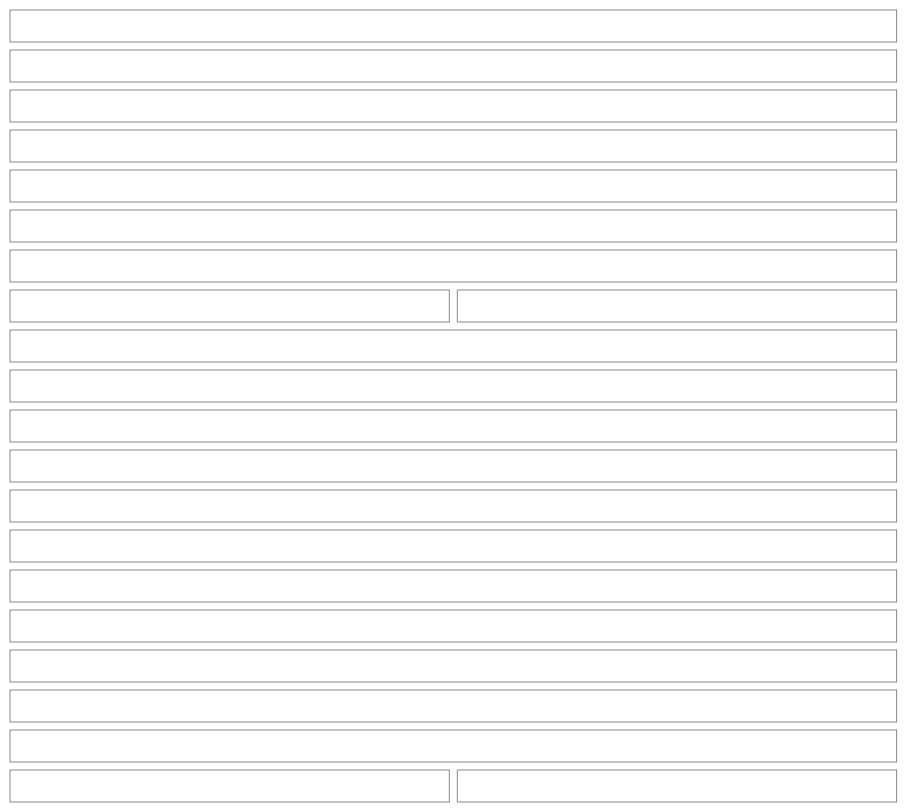
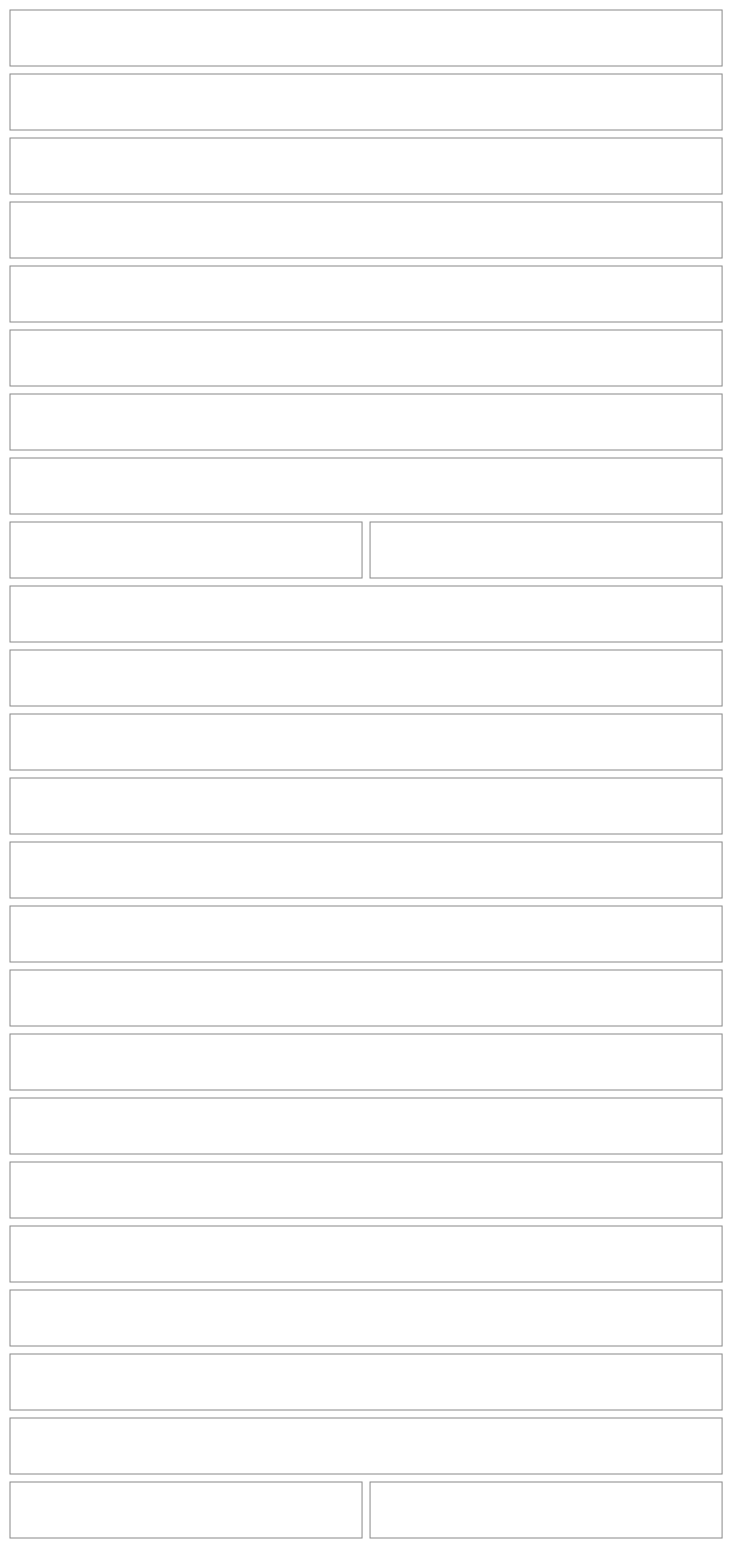
Diagram 20 of 53 in src/apps/pinch/UX.md (NovaMoonX/moondreams-dev-apps), drawn with Mermaid before and after one commit. The commit also changed other lines of this file, not shown here.

````diff
--- a/src/apps/pinch/UX.md
+++ b/src/apps/pinch/UX.md
@@ -677,49 +662,57 @@
 ```mermaid
 %%{init: {'theme': 'base', 'themeVariables': {'primaryColor': 'transparent', 'primaryBorderColor': '#888888', 'primaryTextColor': '#333333', 'lineColor': '#888888'}}}%%
 block-beta
   columns 2
   T1["Adobo chicken"]:2
-  T2["🍽️ 4 servings · 🔪 Prep 10 min · ⏲️ Cook 35 min · 📖 From Serious Eats · ✏️ Last tweaked Oct 6 (only once a tweak exists)"]:2
-  T3["✅ Cooked 3 times · last Oct 12 (only once it has been cooked)"]:2
-  T4["Cost $12.80 ⚠ · $3.20 per serving"]:2
-  T5["🔥 495 · 💪 61g · 🌾 3g · 🥑 25g (when on)"]:2
-  T6["2 ingredients need a price · Add prices   ✕"]:2
-  T7["INGREDIENTS 6"]:2
-  T8["Chicken thighs"]:1
+  T1b["Sticky, tangy chicken thighs braised in soy and vinegar. (clamped at four lines, More)"]:2
+  T2["🍽️ 4 servings · 🔪 Prep 10 min · ⏲️ Cook 35 min · 💰 $3.20+ per serving ⚠ · 📖 From Serious Eats"]:2
+  T3["✅ Last made Oct 12 (· changed Oct 14 only when a change is newer than the last cook)"]:2
+  T3b["🥛 3 servings in your fridge, eat by Oct 17 (the stock lines, only when something is put away)"]:2
+  T3c["📝 Last time (Oct 12): Much better with less vinegar… (two lines; opens the Notes)"]:2
+  T3d["Start cooking · I cooked this · Shopping list · Put some away · History (chips)"]:2
+  T7["INGREDIENTS (a count only past ten)"]:2
+  T8["Chicken thighs<br/>No price yet (only in a partly priced recipe)"]:1
   T9["2 lb"]:1
+  T4["$12.80 so far · Cost · For 4 servings (no tile while nothing is priced)"]:2
+  T5["Per serving 🔥 495 · 💪 61g (when on)"]:2
+  T6["Lime juice and 3 more need a price · Add prices   Not now"]:2
   T10["STEPS"]:2
   T11["1. Marinate the chicken…"]:2
   C1["KEEPING IT (only when there is something to say)"]:2
   C2["🧊 Keeps 3 days in the fridge · ❄️ Keeps 3 months in the freezer"]:2
   C3["♨️ Reheat: warm it in a covered pan… · 💡 the tip, in your words"]:2
-  N1["NOTES 3"]:2
+  N1["NOTES (a count only past ten or while some are folded)"]:2
   N2["Add a note · Something to remember next time"]:2
-  N3["Oct 11 · Edit · After cooking on Oct 11 · Much better with less vinegar… (More)"]:2
+  N3["Oct 11 · Edit · After cooking on Oct 11 · Much better with less vinegar… (More) · Apply to the recipe"]:2
   N4["Changed on Oct 6 · Tweak · Edit · You changed: White vinegar 0.5 → 0.25 cup · the why"]:2
   N5["Sep 30 · Edit · Mom says a splash of… · Written before your Oct 6 tweak"]:2
   N6["Show 7 more (past five entries, when more than three would hide)"]:2
   T12["Modify"]:1
-  T13["Add to calendar"]:1
+  T13["Plan it (Start cooking when it is on today's plan)"]:1
   style T1 fill:transparent,stroke:#888888,stroke-width:1px;
+  style T1b fill:transparent,stroke:#888888,stroke-width:1px;
   style T2 fill:transparent,stroke:#888888,stroke-width:1px;
   style T3 fill:transparent,stroke:#888888,stroke-width:1px;
+  style T3b fill:transparent,stroke:#888888,stroke-width:1px;
+  style T3c fill:transparent,stroke:#888888,stroke-width:1px;
+  style T3d fill:transparent,stroke:#888888,stroke-width:1px;
   style T4 fill:transparent,stroke:#888888,stroke-width:1px;
   style T5 fill:transparent,stroke:#888888,stroke-width:1px;
   style T6 fill:transparent,stroke:#888888,stroke-width:1px;
   style T7 fill:transparent,stroke:#888888,stroke-width:1px;
   style T8 fill:transparent,stroke:#888888,stroke-width:1px;
   style T9 fill:transparent,stroke:#888888,stroke-width:1px;
   style T10 fill:transparent,stroke:#888888,stroke-width:1px;
   style T11 fill:transparent,stroke:#888888,stroke-width:1px;
   style C1 fill:transparent,stroke:#888888,stroke-width:1px;
   style C2 fill:transparent,stroke:#888888,stroke-width:1px;
   style C3 fill:transparent,stroke:#888888,stroke-width:1px;
   style T12 fill:transparent,stroke:#888888,stroke-width:1px;
   style T13 fill:transparent,stroke:#888888,stroke-width:1px;
   style N1 fill:transparent,stroke:#888888,stroke-width:1px;
   style N2 fill:transparent,stroke:#888888,stroke-width:1px;
   style N3 fill:transparent,stroke:#888888,stroke-width:1px;
   style N4 fill:transparent,stroke:#888888,stroke-width:1px;
   style N5 fill:transparent,stroke:#888888,stroke-width:1px;
   style N6 fill:transparent,stroke:#888888,stroke-width:1px;
 ```
````
